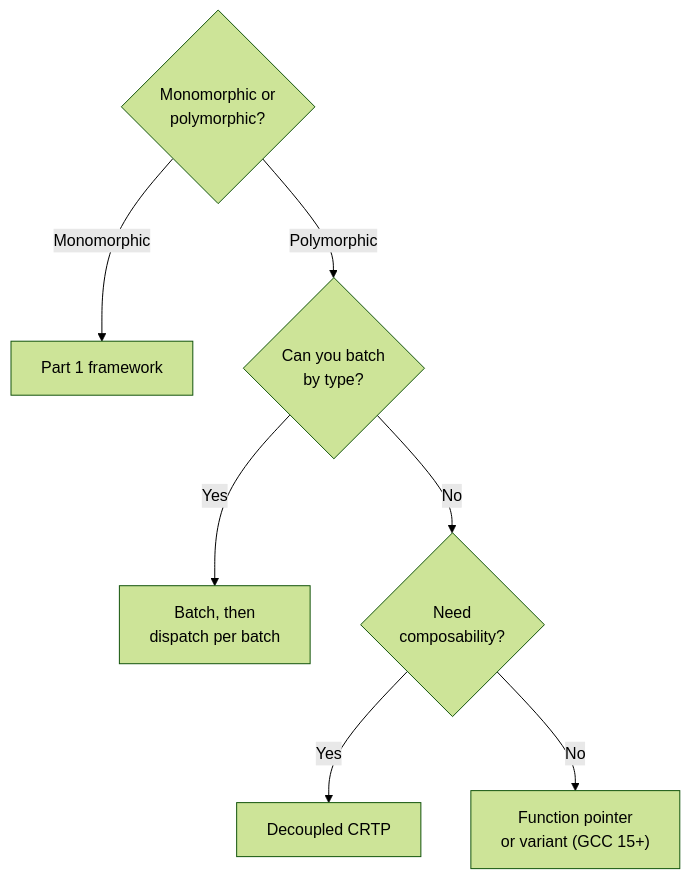
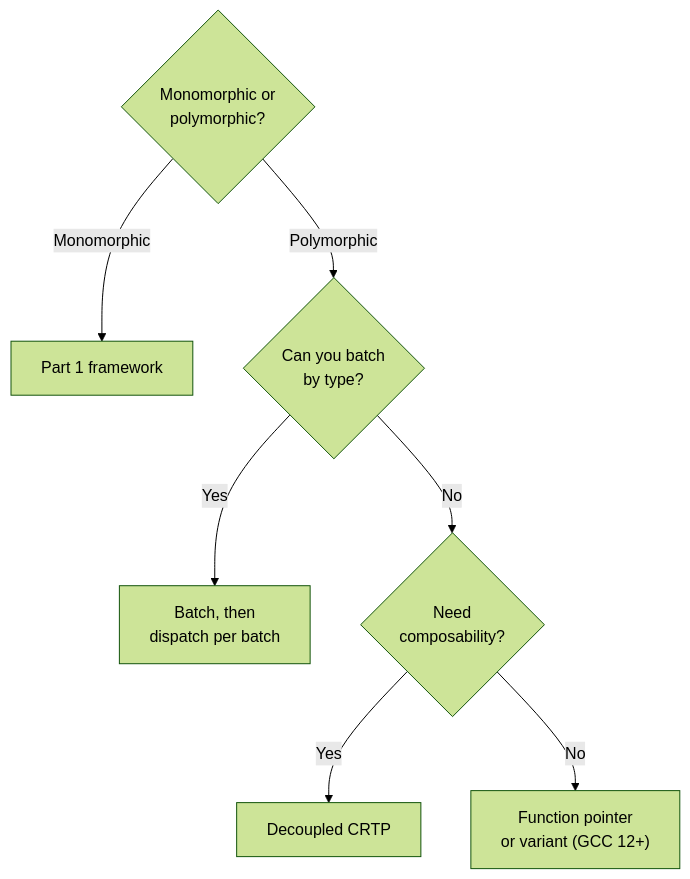
The diagram in _posts/2026-06-02-when-dispatch-mechanism-choice-stops-mattering.md (Shubhankar-Gambhir/Shubhankar-Gambhir.github.io), drawn with Mermaid (forest theme) before and after one commit. The commit also changed other lines of this file and 1 other file, not shown here.

Commit message:
Dispatch Parts 4-5: consistent speedups, GCC 12+ label, 1.5x gap
Part 4: express the "Faster approach" column as one ratio
(slower/faster) in both directions instead of mixing two percentage
formulas, and give the aligned 1.56x next to Part 3's unaligned 28%.

Part 5: the switch-based std::visit arrives in GCC 12, not 15; and the
monomorphic GCC 11 fastest-to-slowest gap among the four mechanisms is
1.5x (3.71 / 2.42), not 2.5x (which compared against the direct-call
baseline).

````diff
--- a/_posts/2026-06-02-when-dispatch-mechanism-choice-stops-mattering.md
+++ b/_posts/2026-06-02-when-dispatch-mechanism-choice-stops-mattering.md
@@ -204,9 +204,9 @@
 ```mermaid
 flowchart TD
     A{Monomorphic or<br>polymorphic?} -->|Monomorphic| B[Part 1 framework]
     A -->|Polymorphic| C{Can you batch<br>by type?}
     C -->|Yes| D[Batch, then<br>dispatch per batch]
     C -->|No| E{Need<br>composability?}
     E -->|Yes| F[Decoupled CRTP]
-    E -->|No| G["Function pointer<br>or variant (GCC 15+)"]
+    E -->|No| G["Function pointer<br>or variant (GCC 12+)"]
 ```
````
